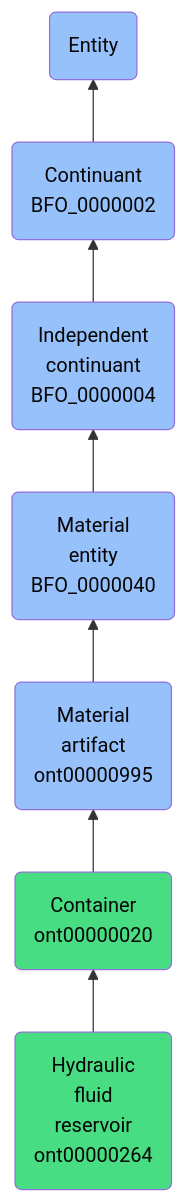
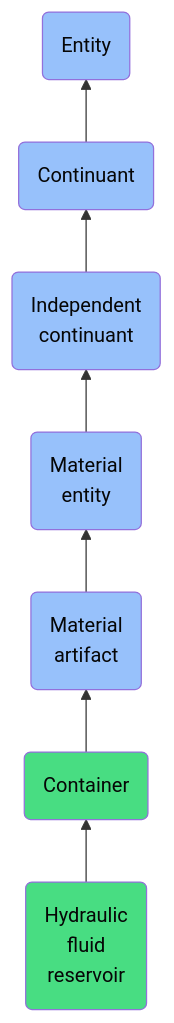
One commit to jupyter-naas/abi changed the diagram in docs/ontology/reference/model/Entity/Continuant/Independent continuant/Material entity/Material artifact/Container/Hydraulic fluid reservoir/Hydraulic fluid reservoir.md. Above: the diagram before and after it, drawn with Mermaid. The commit also changed other lines of this file and 1430 other files, not shown here.

````diff
--- a/docs/ontology/reference/model/Entity/Continuant/Independent continuant/Material entity/Material artifact/Container/Hydraulic fluid reservoir/Hydraulic fluid reservoir.md
+++ b/docs/ontology/reference/model/Entity/Continuant/Independent continuant/Material entity/Material artifact/Container/Hydraulic fluid reservoir/Hydraulic fluid reservoir.md
@@ -24,14 +24,14 @@
 ```mermaid
 graph BT
-    ont00000264(Hydraulic<br>fluid<br>reservoir<br>ont00000264):::ABI-->ont00000020
-    ont00000020(Container<br>ont00000020):::ABI-->ont00000995
-    ont00000995(Material<br>artifact<br>ont00000995):::BFO-->BFO_0000040
-    BFO_0000040(Material<br>entity<br>BFO_0000040):::BFO-->BFO_0000004
-    BFO_0000004(Independent<br>continuant<br>BFO_0000004):::BFO-->BFO_0000002
-    BFO_0000002(Continuant<br>BFO_0000002):::BFO-->BFO_0000001
+    ont00000264(Hydraulic<br>fluid<br>reservoir):::ABI-->ont00000020
+    ont00000020(Container):::ABI-->ont00000995
+    ont00000995(Material<br>artifact):::BFO-->BFO_0000040
+    BFO_0000040(Material<br>entity):::BFO-->BFO_0000004
+    BFO_0000004(Independent<br>continuant):::BFO-->BFO_0000002
+    BFO_0000002(Continuant):::BFO-->BFO_0000001
     BFO_0000001(Entity):::BFO
     
     classDef BFO fill:#97c1fb,color:#060606
     classDef CCO fill:#e4c51e,color:#060606
     classDef ABI fill:#48DD82,color:#060606
 ```
````
